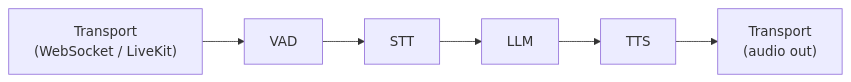
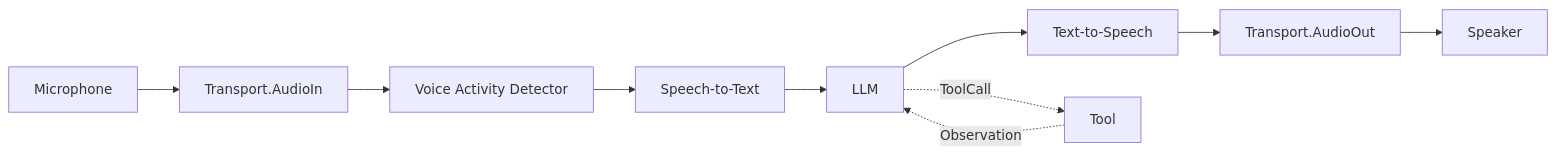
Before and after one commit to lookatitude/beluga-ai: the diagram in docs/website/src/content/docs/docs/guides/capabilities/voice/voice-ai.md, drawn with Mermaid. The commit also changed other lines of this file and 16 other files, not shown here.

First line of the commit message:
website: phase 9 — 22 canonical diagrams embedded, surface tokens applied

````diff
--- a/docs/website/src/content/docs/docs/guides/capabilities/voice/voice-ai.md
+++ b/docs/website/src/content/docs/docs/guides/capabilities/voice/voice-ai.md
@@ -17,4 +19,12 @@
 ```mermaid
 graph LR
-  A["Transport\n(WebSocket / LiveKit)"] --> B[VAD] --> C[STT] --> D[LLM] --> E[TTS] --> F["Transport\n(audio out)"]
+  Mic[Microphone] --> Transport[Transport.AudioIn]
+  Transport --> VAD[Voice Activity Detector]
+  VAD --> STT[Speech-to-Text]
+  STT --> LLM[LLM]
+  LLM --> TTS[Text-to-Speech]
+  TTS --> TransportOut[Transport.AudioOut]
+  TransportOut --> Spk[Speaker]
+  LLM -.ToolCall.-> Tool
+  Tool -.Observation.-> LLM
 ```
````
